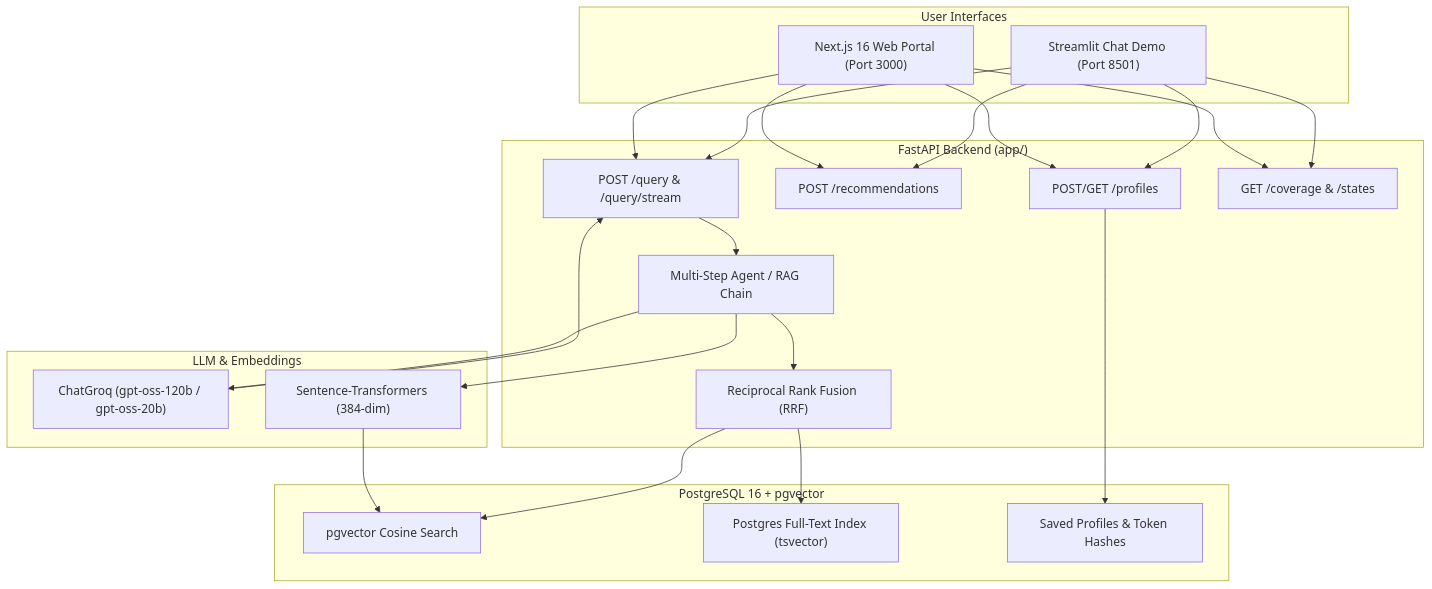
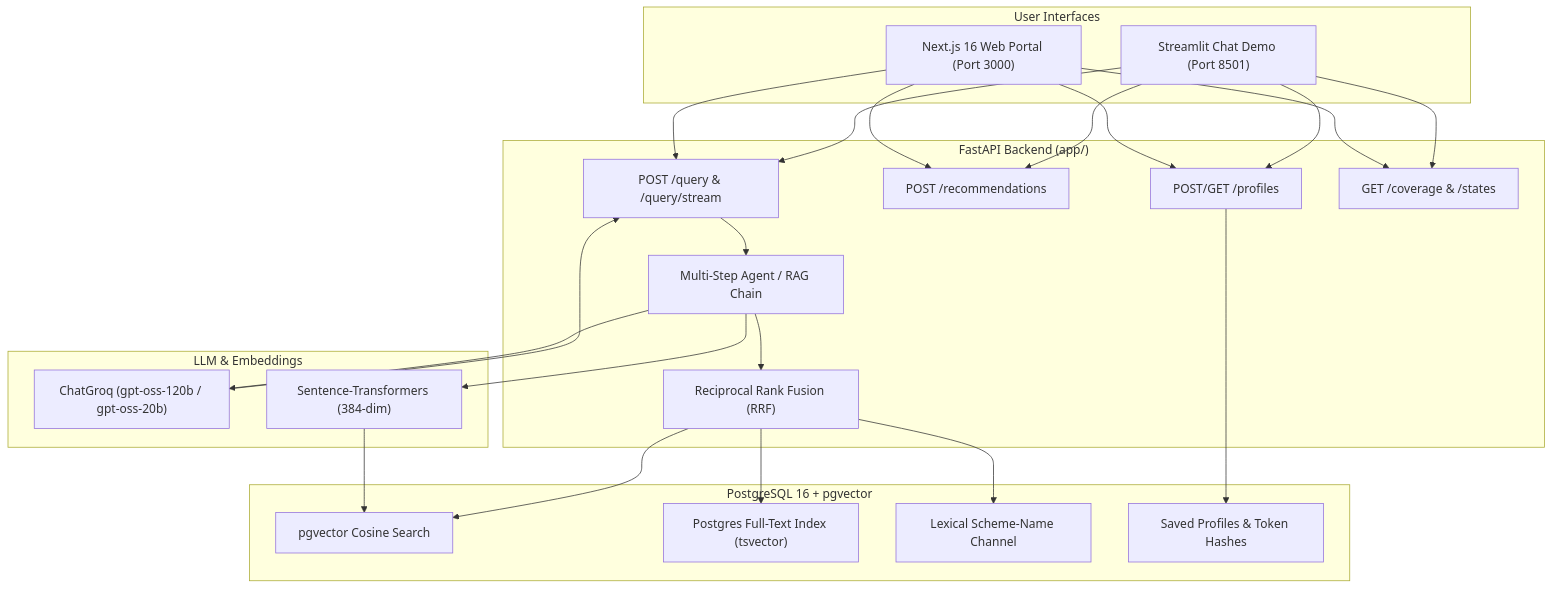
One commit to aditya0si/schemeGPT changed the diagram in README.md. Above: the diagram before and after it, drawn with Mermaid. The commit also changed other lines of this file and 1 other file, not shown here.

Commit message:
docs: document the third lexical channel, deepened pools, and source-diverse top-4

````diff
--- a/README.md
+++ b/README.md
@@ -182,39 +182,40 @@
 ```mermaid
 flowchart TD
     subgraph Clients["User Interfaces"]
         UI_Web["Next.js 16 Web Portal (Port 3000)"]
         UI_Streamlit["Streamlit Chat Demo (Port 8501)"]
     end
 
     subgraph API["FastAPI Backend (app/)"]
         EP_Query["POST /query & /query/stream"]
         EP_Rec["POST /recommendations"]
         EP_Prof["POST/GET /profiles"]
         EP_Cov["GET /coverage & /states"]
         Agent["Multi-Step Agent / RAG Chain"]
         RRF["Reciprocal Rank Fusion (RRF)"]
     end
 
     subgraph Engine["LLM & Embeddings"]
         Groq["ChatGroq (gpt-oss-120b / gpt-oss-20b)"]
         ST["Sentence-Transformers (384-dim)"]
     end
 
     subgraph Storage["PostgreSQL 16 + pgvector"]
         VecStore["pgvector Cosine Search"]
         FTS["Postgres Full-Text Index (tsvector)"]
+        Lexical["Lexical Scheme-Name Channel"]
         ProfileDB["Saved Profiles & Token Hashes"]
     end
 
     UI_Web --> EP_Query & EP_Rec & EP_Prof & EP_Cov
     UI_Streamlit --> EP_Query & EP_Rec & EP_Prof & EP_Cov
 
     EP_Query --> Agent
     Agent --> ST
     ST --> VecStore
     Agent --> RRF
-    RRF --> VecStore & FTS
+    RRF --> VecStore & FTS & Lexical
     Agent --> Groq
     Groq --> EP_Query
     EP_Prof --> ProfileDB
 ```
````
